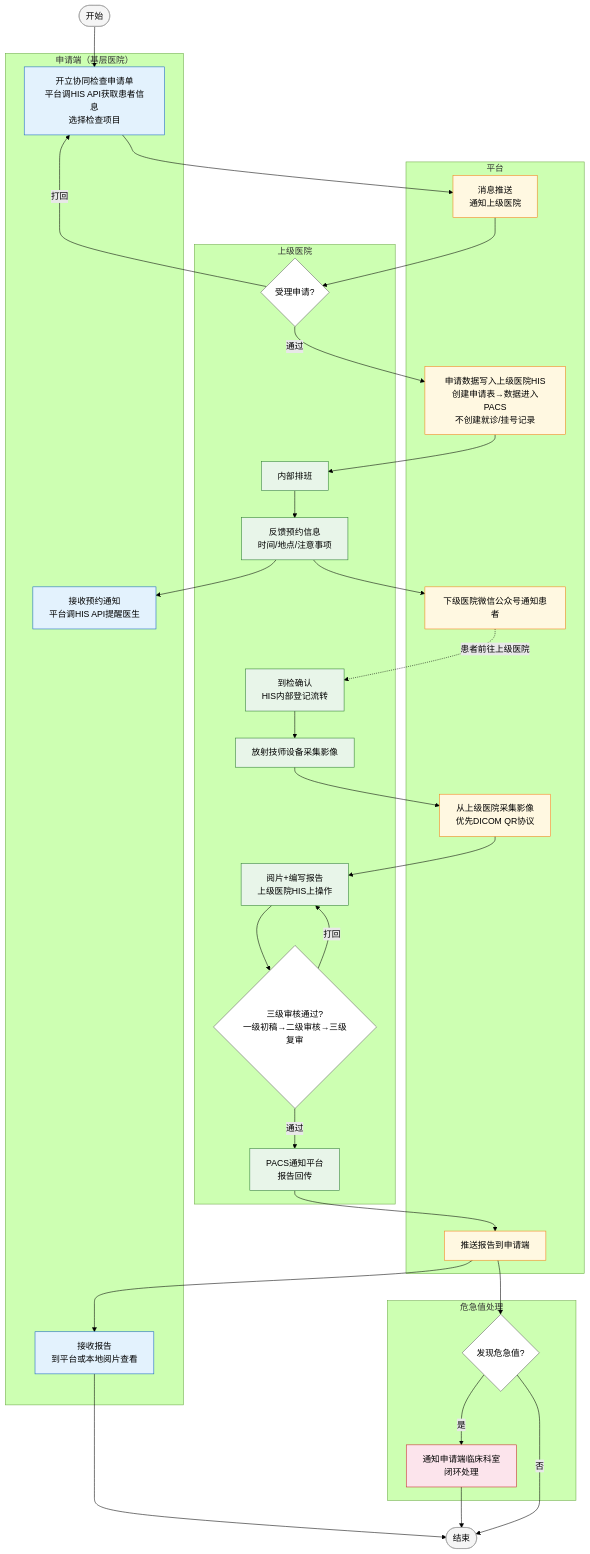
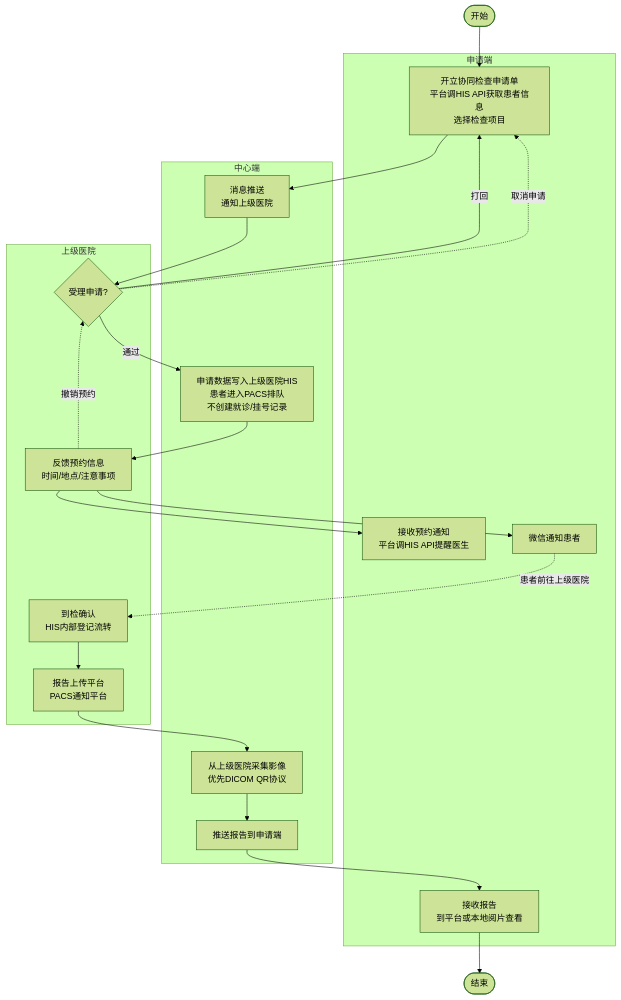
The second of 2 diagrams in 协同平台/需求规约 - 影像诊断中心系统.md (taskMain/Lis), drawn with Mermaid (forest theme) before and after one commit. The commit also changed other lines of this file and 17 other files, not shown here.

````diff
--- a/协同平台/需求规约 - 影像诊断中心系统.md
+++ b/协同平台/需求规约 - 影像诊断中心系统.md
@@ -509,61 +287,37 @@
 ```mermaid
-flowchart TD
-    subgraph S1["申请端（基层医院）"]
-        A1["开立协同检查申请单<br/>平台调HIS API获取患者信息<br/>选择检查项目"]
-        A2["接收预约通知<br/>平台调HIS API提醒医生"]
-        A3["接收报告<br/>到平台或本地阅片查看"]
+graph TD
+    subgraph 申请端
+        A1[开立协同检查申请单<br/>平台调HIS API获取患者信息<br/>选择检查项目]
+        A2[接收预约通知<br/>平台调HIS API提醒医生]
+        A3[微信通知患者]
+        A4[接收报告<br/>到平台或本地阅片查看]
     end
 
-    subgraph S2["平台"]
-        B1["消息推送<br/>通知上级医院"]
-        B2["申请数据写入上级医院HIS<br/>创建申请表→数据进入PACS<br/>不创建就诊/挂号记录"]
-        B3["从上级医院采集影像<br/>优先DICOM QR协议"]
-        B4["推送报告到申请端"]
-        B5["下级医院微信公众号通知患者"]
+    subgraph 中心端
+        B1[消息推送<br/>通知上级医院]
+        B2[申请数据写入上级医院HIS<br/>患者进入PACS排队<br/>不创建就诊/挂号记录]
+        B3[从上级医院采集影像<br/>优先DICOM QR协议]
+        B4[推送报告到申请端]
     end
 
-    subgraph S3["上级医院"]
-        C1{"受理申请?"}
-        C2["内部排班"]
-        C3["反馈预约信息<br/>时间/地点/注意事项"]
-        C4["到检确认<br/>HIS内部登记流转"]
-        C5["放射技师设备采集影像"]
-        C6["阅片+编写报告<br/>上级医院HIS上操作"]
-        C7{"三级审核通过?<br/>一级初稿→二级审核→三级复审"}
-        C8["PACS通知平台<br/>报告回传"]
+    subgraph 上级医院
+        C1{受理申请?}
+        C3[反馈预约信息<br/>时间/地点/注意事项]
+        C4[到检确认<br/>HIS内部登记流转]
+        C8[报告上传平台<br/>PACS通知平台]
     end
 
-    subgraph S4["危急值处理"]
-        D1{"发现危急值?"}
-        D2["通知申请端临床科室<br/>闭环处理"]
-    end
-
-    START(["开始"]) --> A1 --> B1 --> C1
-    C1 -- "打回" --> A1
-    C1 -- 通过 --> B2 --> C2 --> C3
+    START([开始]) --> A1 --> B1 --> C1
+    C1 -- 打回 --> A1
+    C1 -- 通过 --> B2 --> C3
     C3 --> A2
-    C3 --> B5
-    B5 -. "患者前往上级医院" .-> C4
-    C4 --> C5 --> B3 --> C6 --> C7
-    C7 -- "打回" --> C6
-    C7 -- 通过 --> C8 --> B4
-    B4 --> D1
-    B4 --> A3
-    A3 --> END(["结束"])
-    D1 -- 是 --> D2 --> END
-    D1 -- 否 --> END
-
-    classDef apply fill:#e3f2fd,stroke:#1565c0,color:#000
-    classDef platform fill:#fff8e1,stroke:#f57f17,color:#000
-    classDef hospital fill:#e8f5e9,stroke:#2e7d32,color:#000
-    classDef critical fill:#fce4ec,stroke:#c62828,color:#000
-    classDef decision fill:#ffffff,stroke:#616161,color:#000
-    classDef endpoint fill:#f5f5f5,stroke:#9e9e9e,color:#000
-
-    class A1,A2,A3 apply
-    class B1,B2,B3,B4,B5 platform
-    class C2,C3,C4,C5,C6,C8 hospital
-    class C1,C7,D1 decision
-    class D2 critical
-    class START,END endpoint
+    C3 --> A3
+    C3 -. 撤销预约 .-> C1
+    C1 -. 取消申请 .-> A1
+    A3 -. 患者前往上级医院 .-> C4
+    C4 --> C8
+    C8 --> B3
+    B3 --> B4
+    B4 --> A4
+    A4 --> END([结束])
 ```
````
